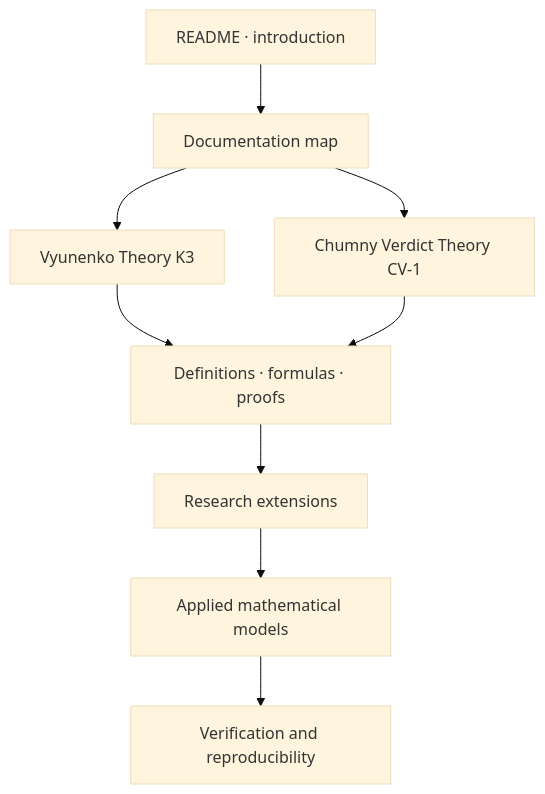
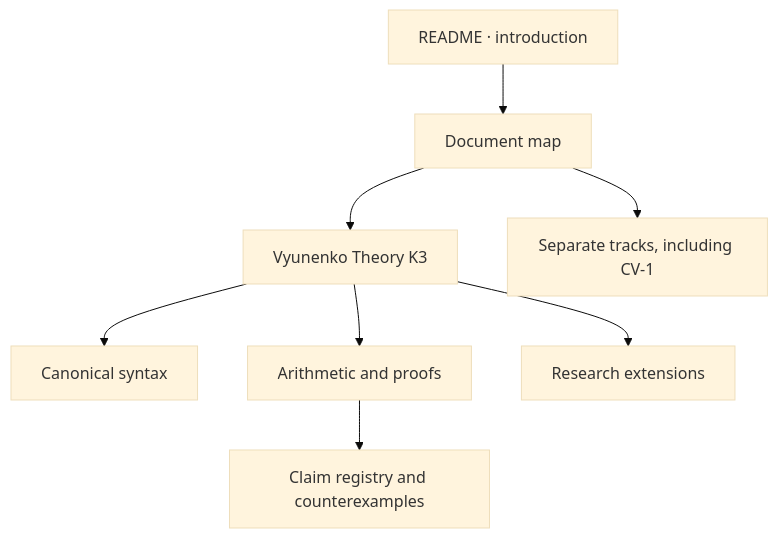
Before and after one commit to Ivan-VHS/Kaskad: the diagram in README.en.md, drawn with Mermaid (base theme). The commit also changed other lines of this file, not shown here.

```diff
--- a/README.en.md
+++ b/README.en.md
@@ -238,11 +142,10 @@
 ~~~mermaid
 flowchart TD
-    A["README · introduction"] --> B["Documentation map"]
+    A["README · introduction"] --> B["Document map"]
     B --> C["Vyunenko Theory K3"]
-    B --> D["Chumny Verdict Theory CV-1"]
-    C --> E["Definitions · formulas · proofs"]
-    D --> E
-    E --> F["Research extensions"]
-    F --> G["Applied mathematical models"]
-    G --> H["Verification and reproducibility"]
+    C --> D["Canonical syntax"]
+    C --> E["Arithmetic and proofs"]
+    E --> F["Claim registry and counterexamples"]
+    C --> G["Research extensions"]
+    B --> H["Separate tracks, including CV-1"]
 ~~~
```
